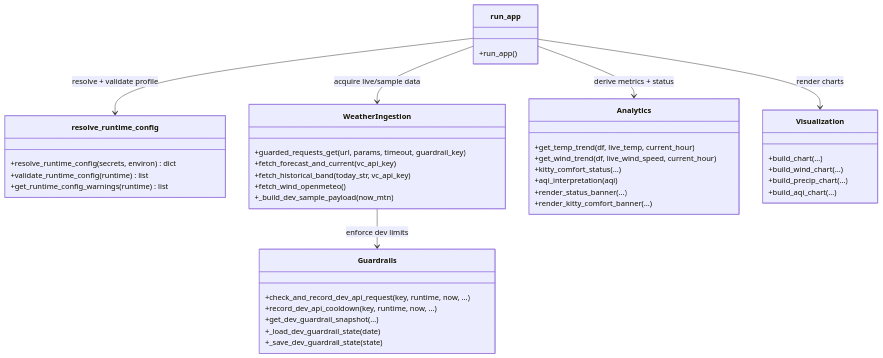
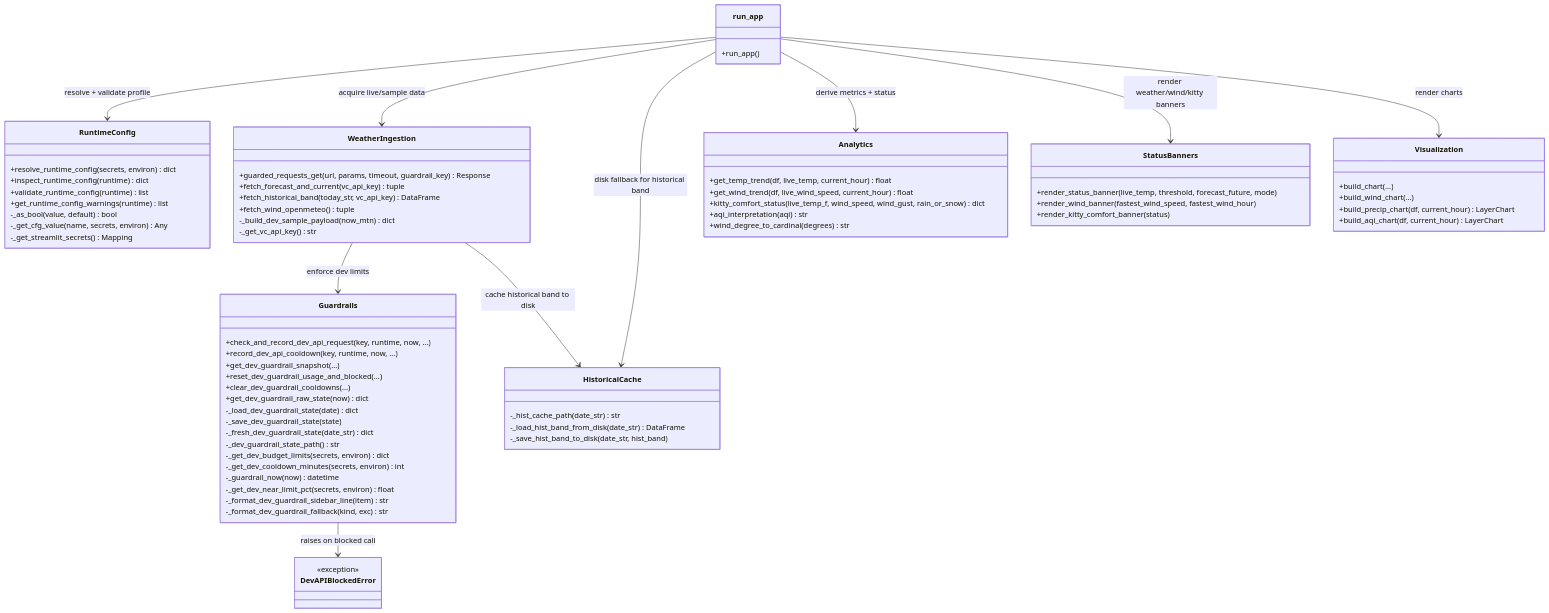
Before and after one commit to RobinWikoff/the-farm-monitor: the diagram in docs/c4/c4-code-level-diagram.md, drawn with Mermaid. The commit also changed other lines of this file and 20 other files, not shown here.

First line of the commit message:
Remove memo module (migrated to separate repo) and update C4 diagrams to Level 4 compliance

````diff
--- a/docs/c4/c4-code-level-diagram.md
+++ b/docs/c4/c4-code-level-diagram.md
@@ -12,47 +12,82 @@
       +run_app()
     }
 
-    class resolve_runtime_config {
+    class RuntimeConfig {
       +resolve_runtime_config(secrets, environ) dict
+      +inspect_runtime_config(runtime) dict
       +validate_runtime_config(runtime) list
       +get_runtime_config_warnings(runtime) list
+      -_as_bool(value, default) bool
+      -_get_cfg_value(name, secrets, environ) Any
+      -_get_streamlit_secrets() Mapping
+    }
+
+    class DevAPIBlockedError {
+      <<exception>>
     }
 
     class Guardrails {
       +check_and_record_dev_api_request(key, runtime, now, ...)
       +record_dev_api_cooldown(key, runtime, now, ...)
       +get_dev_guardrail_snapshot(...)
-      +_load_dev_guardrail_state(date)
-      +_save_dev_guardrail_state(state)
+      +reset_dev_guardrail_usage_and_blocked(...)
+      +clear_dev_guardrail_cooldowns(...)
+      +get_dev_guardrail_raw_state(now) dict
+      -_load_dev_guardrail_state(date) dict
+      -_save_dev_guardrail_state(state)
+      -_fresh_dev_guardrail_state(date_str) dict
+      -_dev_guardrail_state_path() str
+      -_get_dev_budget_limits(secrets, environ) dict
+      -_get_dev_cooldown_minutes(secrets, environ) int
+      -_guardrail_now(now) datetime
+      -_get_dev_near_limit_pct(secrets, environ) float
+      -_format_dev_guardrail_sidebar_line(item) str
+      -_format_dev_guardrail_fallback(kind, exc) str
     }
 
     class WeatherIngestion {
-      +guarded_requests_get(url, params, timeout, guardrail_key)
-      +fetch_forecast_and_current(vc_api_key)
-      +fetch_historical_band(today_str, vc_api_key)
-      +fetch_wind_openmeteo()
-      +_build_dev_sample_payload(now_mtn)
+      +guarded_requests_get(url, params, timeout, guardrail_key) Response
+      +fetch_forecast_and_current(vc_api_key) tuple
+      +fetch_historical_band(today_str, vc_api_key) DataFrame
+      +fetch_wind_openmeteo() tuple
+      -_build_dev_sample_payload(now_mtn) dict
+      -_get_vc_api_key() str
+    }
+
+    class HistoricalCache {
+      -_hist_cache_path(date_str) str
+      -_load_hist_band_from_disk(date_str) DataFrame
+      -_save_hist_band_to_disk(date_str, hist_band)
     }
 
     class Analytics {
-      +get_temp_trend(df, live_temp, current_hour)
-      +get_wind_trend(df, live_wind_speed, current_hour)
-      +kitty_comfort_status(...)
-      +aqi_interpretation(aqi)
-      +render_status_banner(...)
-      +render_kitty_comfort_banner(...)
+      +get_temp_trend(df, live_temp, current_hour) float
+      +get_wind_trend(df, live_wind_speed, current_hour) float
+      +kitty_comfort_status(live_temp_f, wind_speed, wind_gust, rain_or_snow) dict
+      +aqi_interpretation(aqi) str
+      +wind_degree_to_cardinal(degrees) str
+    }
+
+    class StatusBanners {
+      +render_status_banner(live_temp, threshold, forecast_future, mode)
+      +render_wind_banner(fastest_wind_speed, fastest_wind_hour)
+      +render_kitty_comfort_banner(status)
     }
 
     class Visualization {
       +build_chart(...)
       +build_wind_chart(...)
-      +build_precip_chart(...)
-      +build_aqi_chart(...)
+      +build_precip_chart(df, current_hour) LayerChart
+      +build_aqi_chart(df, current_hour) LayerChart
     }
 
-    run_app --> resolve_runtime_config : resolve + validate profile
+    run_app --> RuntimeConfig : resolve + validate profile
     run_app --> WeatherIngestion : acquire live/sample data
+    run_app --> HistoricalCache : disk fallback for historical band
     WeatherIngestion --> Guardrails : enforce dev limits
+    Guardrails --> DevAPIBlockedError : raises on blocked call
     run_app --> Analytics : derive metrics + status
+    run_app --> StatusBanners : render weather/wind/kitty banners
     run_app --> Visualization : render charts
+    WeatherIngestion --> HistoricalCache : cache historical band to disk
 ```
````
